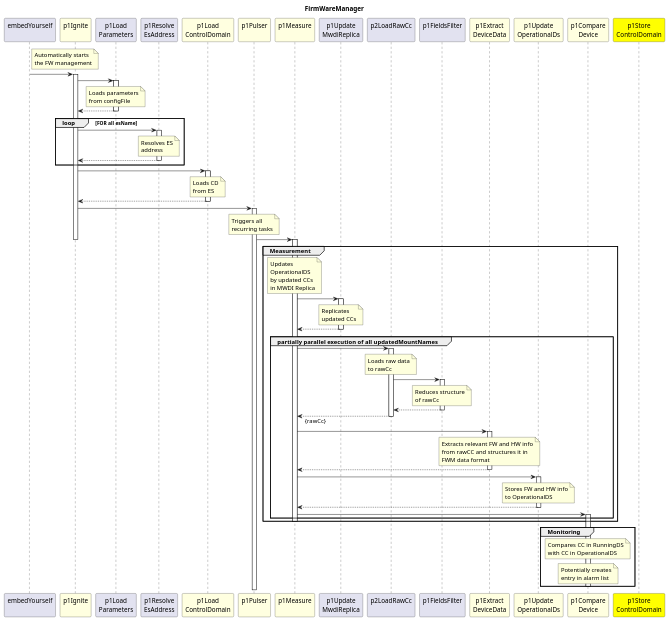
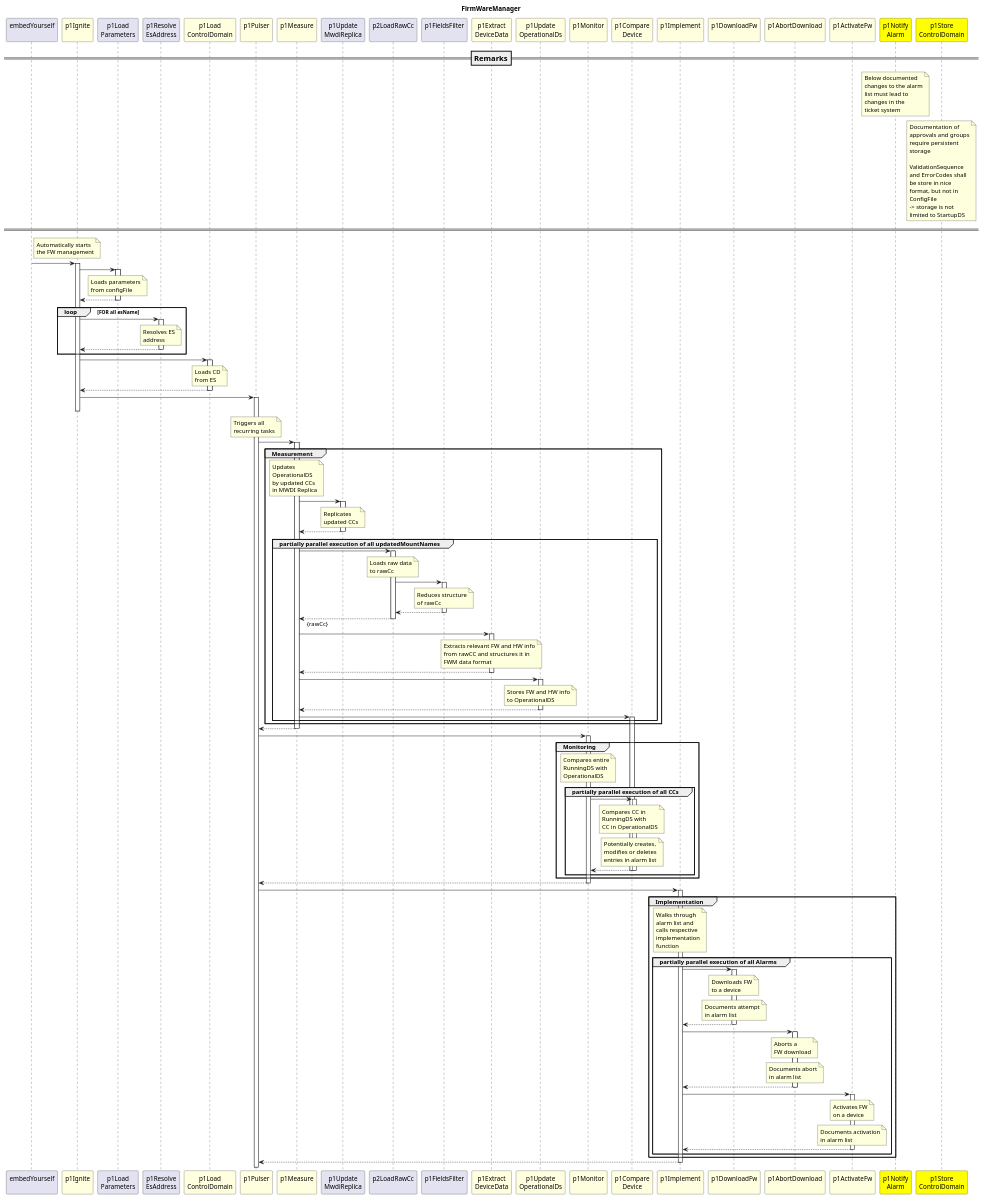
The diagram in spec/diagrams/hl_sequence.plantuml (openBackhaul/FirmWareManager), drawn with PlantUML before and after one commit. The commit also changed 10 other files, not shown here.

```diff
--- a/spec/diagrams/hl_sequence.plantuml
+++ b/spec/diagrams/hl_sequence.plantuml
@@ -31,24 +31,53 @@
 participant "p1Update\nOperationalDs" as updateOpDs #LightYellow
 
 ' Monitoring
-' participant "p1Monitor\n" as monitor #LightYellow
+participant "p1Monitor\n" as monitor #LightYellow
 participant "p1Compare\nDevice" as compareDevice #LightYellow
 
 ' Implementation
+participant "p1Implement\n" as implement #LightYellow
+participant "p1DownloadFw\n" as download #LightYellow
+participant "p1AbortDownload\n" as abort #LightYellow
+participant "p1ActivateFw\n" as activate #LightYellow
 
-
+participant "p1Notify\nAlarm" as notify #Yellow
 participant "p1Store\nControlDomain" as storeCd #Yellow
 
 
-' ===================================
+=== Remarks ==
+
+note over notify
+  Below documented
+  changes to the alarm
+  list must lead to
+  changes in the
+  ticket system
+end note
+
+note over storeCd
+  Documentation of
+  approvals and groups
+  require persistent
+  storage
+
+  ValidationSequence
+  and ErrorCodes shall
+  be store in nice 
+  format, but not in
+  ConfigFile
+  -> storage is not
+  limited to StartupDS
+end note
+
+====
 
 note right embed
   Automatically starts
   the FW management
 end note
 embed -> ignite
+
 activate ignite
-
   ' Load parameters
   ignite -> loadParams
   activate loadParams
@@ -88,92 +117,165 @@
       Triggers all
       recurring tasks
     end note
-    pulser -> measure
-
 deactivate ignite
 
+pulser -> measure
+activate measure
 group Measurement
-  activate measure
-    note over measure
-      Updates
-      OperationalDS
-      by updated CCs
-      in MWDI Replica
-    end note
-
-    ' Update MWDI replica
-    measure -> updateMwdiRep
-    activate updateMwdiRep
-      note over updateMwdiRep
-        Replicates
-        updated CCs
-      end note
-    measure <-- updateMwdiRep
-    deactivate updateMwdiRep
-
-    group partially parallel execution of all updatedMountNames
-      measure -> createRawCc
-      activate createRawCc
-        note over createRawCc
-          Loads raw data
-          to rawCc
-        end note
-
-        ' Apply fieldsFilter
-        createRawCc -> fieldsFilter
-        activate fieldsFilter
-          note over fieldsFilter
-            Reduces structure
-            of rawCc
-          end note
-        createRawCc <-- fieldsFilter
-        deactivate fieldsFilter
-
-      measure <-- createRawCc : {rawCc}
-      deactivate createRawCc
-
-        ' Extract FW & HW Info
-        measure -> extractData
-        activate extractData
-          note over extractData
-            Extracts relevant FW and HW info
-            from rawCC and structures it in
-            FWM data format
-          end note
-        measure <-- extractData
-        deactivate extractData
-
-        ' Update OperationalDS
-        measure -> updateOpDs
-        activate updateOpDs
-          note over updateOpDs
-            Stores FW and HW info
-            to OperationalDS
-          end note
-        measure <-- updateOpDs
-        deactivate updateOpDs
-
-        measure -> compareDevice
-        activate compareDevice
-
-    end group updatedMountNames
-
-  deactivate measure
-end group Measurement
-
-group Monitoring
-  note over compareDevice
-    Compares CC in RunningDS
-    with CC in OperationalDS
+  note over measure
+    Updates
+    OperationalDS
+    by updated CCs
+    in MWDI Replica
   end note
 
-  note over compareDevice
-    Potentially creates
-    entry in alarm list
+  ' Update MWDI replica
+  measure -> updateMwdiRep
+  activate updateMwdiRep
+    note over updateMwdiRep
+      Replicates
+      updated CCs
+    end note
+  measure <-- updateMwdiRep
+  deactivate updateMwdiRep
+
+  group partially parallel execution of all updatedMountNames
+    measure -> createRawCc
+    activate createRawCc
+      note over createRawCc
+        Loads raw data
+        to rawCc
+      end note
+
+      ' Apply fieldsFilter
+      createRawCc -> fieldsFilter
+      activate fieldsFilter
+        note over fieldsFilter
+          Reduces structure
+          of rawCc
+        end note
+      createRawCc <-- fieldsFilter
+      deactivate fieldsFilter
+
+    measure <-- createRawCc : {rawCc}
+    deactivate createRawCc
+
+      ' Extract FW & HW Info
+      measure -> extractData
+      activate extractData
+        note over extractData
+          Extracts relevant FW and HW info
+          from rawCC and structures it in
+          FWM data format
+        end note
+      measure <-- extractData
+      deactivate extractData
+
+      ' Update OperationalDS
+      measure -> updateOpDs
+      activate updateOpDs
+        note over updateOpDs
+          Stores FW and HW info
+          to OperationalDS
+        end note
+      measure <-- updateOpDs
+      deactivate updateOpDs
+
+      measure -> compareDevice
+      activate compareDevice
+  end group updatedMountNames
+end group Measurement
+pulser <-- measure
+deactivate measure
+
+pulser -> monitor
+activate monitor
+group Monitoring
+  note over monitor
+    Compares entire
+    RunningDS with
+    OperationalDS
   end note
 
-  deactivate compareDevice
+  group partially parallel execution of all CCs
+    monitor -> compareDevice
+    activate compareDevice
+      note over compareDevice
+        Compares CC in
+        RunningDS with
+        CC in OperationalDS
+      end note
 
+      note over compareDevice
+        Potentially creates,
+        modifies or deletes
+        entries in alarm list
+      end note
+    monitor <-- compareDevice
+    deactivate compareDevice
+    deactivate compareDevice
+  end group all CCs
 end group Monitoring
+pulser <-- monitor
+deactivate monitor
+
+pulser -> implement
+activate implement
+group Implementation
+  note over implement
+    Walks through
+    alarm list and
+    calls respective
+    implementation
+    function
+  end note
+
+  group partially parallel execution of all Alarms
+    implement -> download
+    activate download
+      note over download
+        Downloads FW
+        to a device
+      end note
+
+      note over download
+        Documents attempt
+        in alarm list
+      end note
+    implement <-- download
+    deactivate download
+
+    implement -> abort
+    activate abort
+      note over abort
+        Aborts a 
+        FW download
+      end note
+
+      note over abort
+        Documents abort
+        in alarm list
+      end note
+    implement <-- abort
+    deactivate abort
+
+    implement -> activate
+    activate activate
+      note over activate
+        Activates FW
+        on a device
+      end note
+
+      note over activate
+        Documents activation
+        in alarm list
+      end note
+    implement <-- activate
+    deactivate activate
+  end group all Alarms
+end group Implementation
+pulser <-- implement
+deactivate implement
+
 
 @enduml
```
